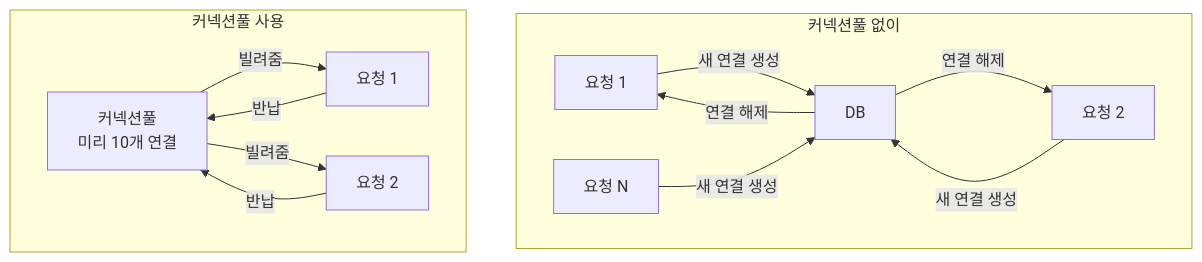
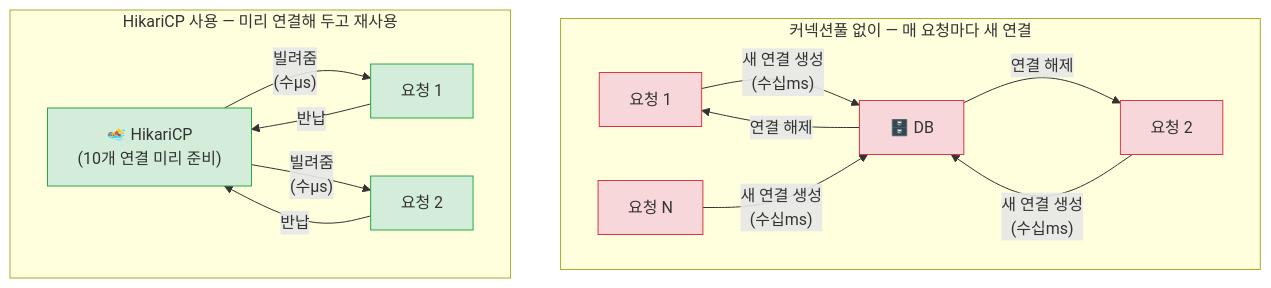
The second of 11 diagrams in _posts/spring/2026-05-02-spring-db-1.md (yjkim2015/yjkim2015.github.io), drawn with Mermaid before and after one commit. The commit also changed other lines of this file and 32 other files, not shown here.

````diff
--- a/_posts/spring/2026-05-02-spring-db-1.md
+++ b/_posts/spring/2026-05-02-spring-db-1.md
@@ -130,17 +140,22 @@
 ```mermaid
 graph TD
-    subgraph 커넥션풀 없이
-        A[요청 1] -->|새 연결 생성| B[DB]
-        C[요청 2] -->|새 연결 생성| B
-        D[요청 N] -->|새 연결 생성| B
-        B -->|연결 해제| A
-        B -->|연결 해제| C
+    subgraph "커넥션풀 없이 — 매 요청마다 새 연결"
+        A["요청 1"] -->|"새 연결 생성\n(수십ms)"| DB1["🗄️ DB"]
+        B["요청 2"] -->|"새 연결 생성\n(수십ms)"| DB1
+        C["요청 N"] -->|"새 연결 생성\n(수십ms)"| DB1
+        DB1 -->|"연결 해제"| A
+        DB1 -->|"연결 해제"| B
     end
 
-    subgraph 커넥션풀 사용
-        E[커넥션풀\n미리 10개 연결] -->|빌려줌| F[요청 1]
-        E -->|빌려줌| G[요청 2]
-        F -->|반납| E
-        G -->|반납| E
+    subgraph "HikariCP 사용 — 미리 연결해 두고 재사용"
+        P["🏊 HikariCP\n(10개 연결 미리 준비)"] -->|"빌려줌\n(수μs)"| R1["요청 1"]
+        P -->|"빌려줌\n(수μs)"| R2["요청 2"]
+        R1 -->|"반납"| P
+        R2 -->|"반납"| P
     end
+
+    classDef slow fill:#f8d7da,stroke:#dc3545
+    classDef fast fill:#d4edda,stroke:#28a745
+    class A,B,C,DB1 slow
+    class P,R1,R2 fast
 ```
````
